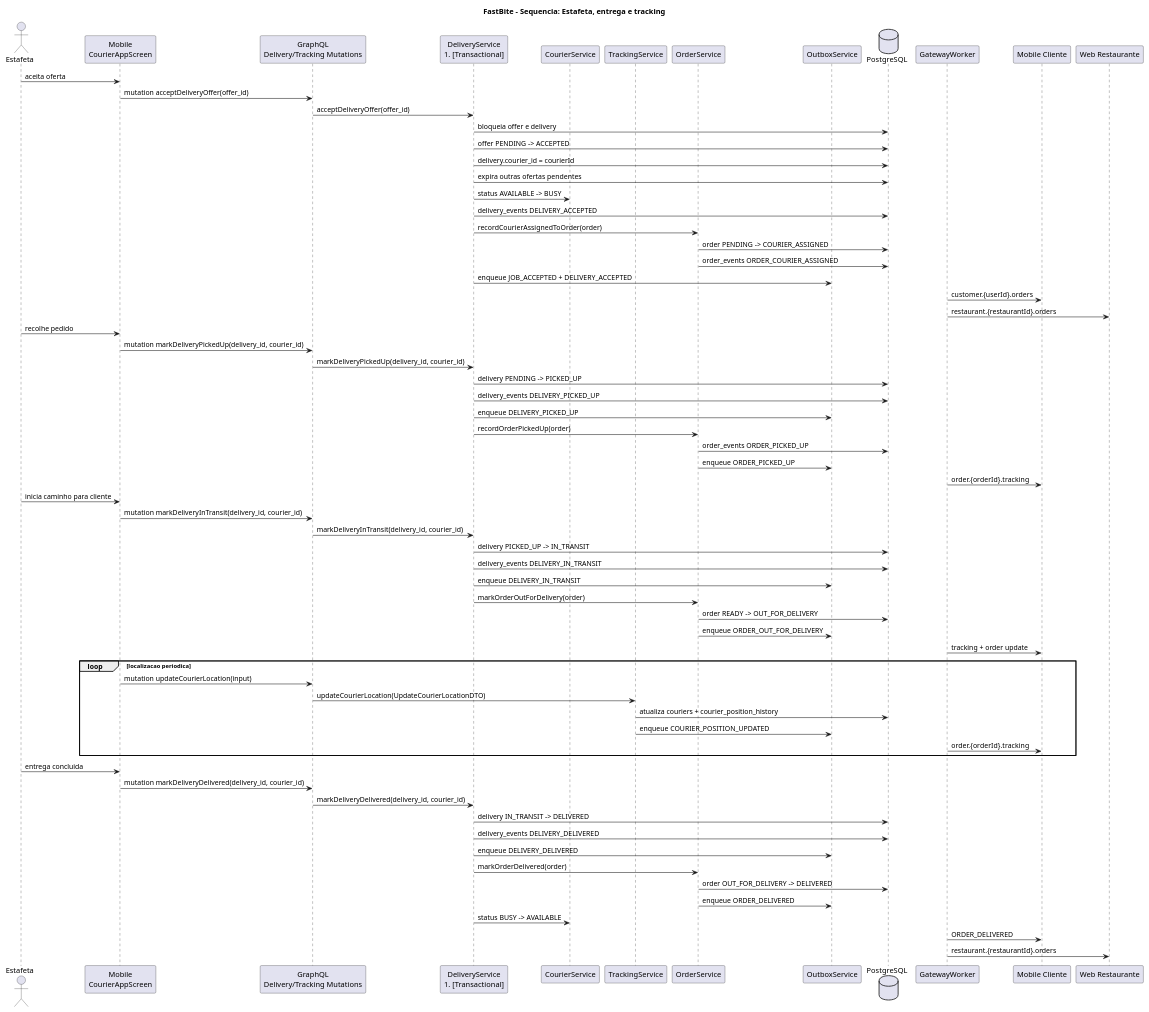
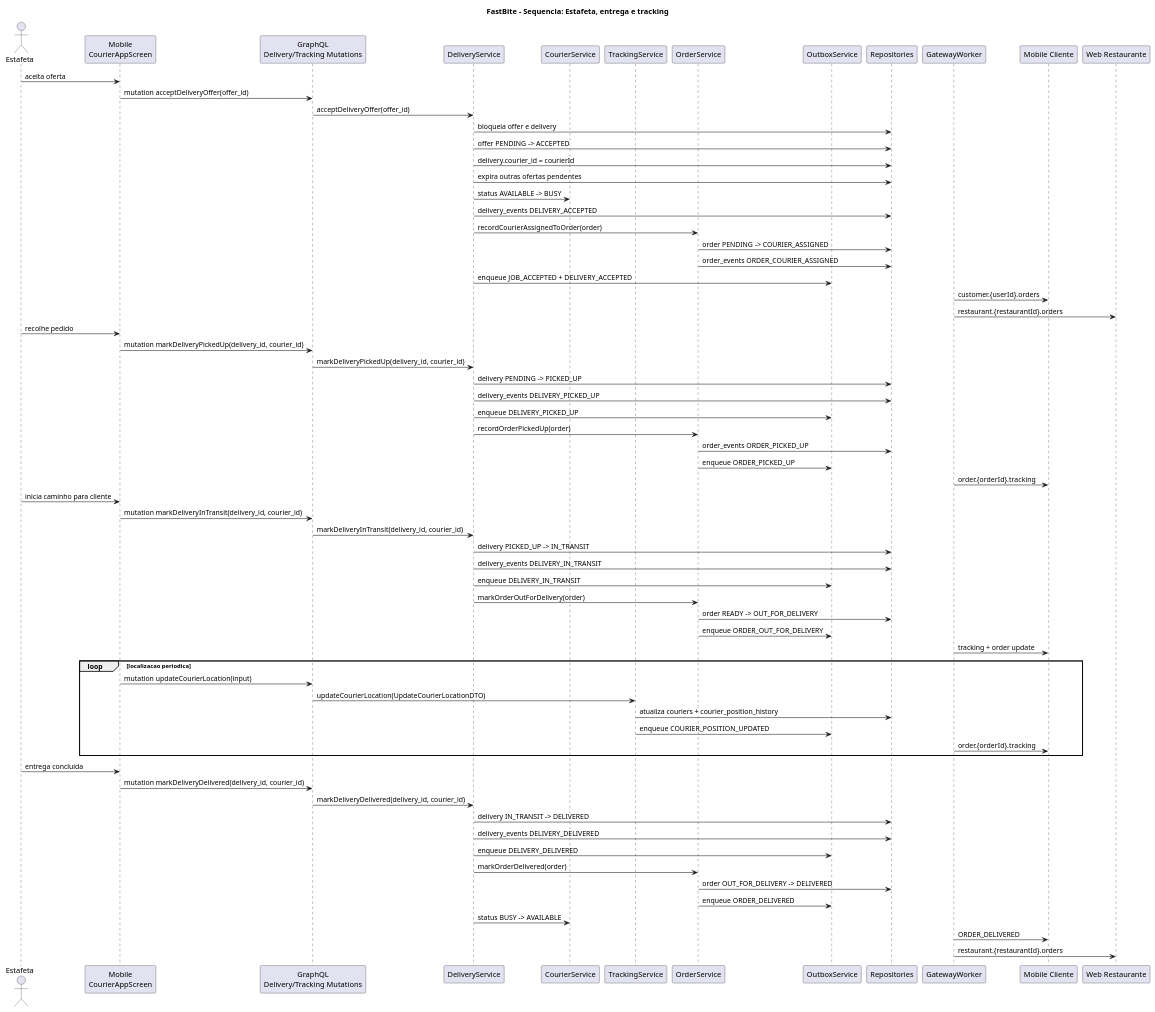
The diagram in Documentacao/docs novas/03c_sequencia_estafeta_entrega_tracking.puml (DuarteMSousa/FastBite), drawn with PlantUML before and after one commit. The commit also changed 1 other file, not shown here.

Commit message:
Replace DB/PayRepo with Repos in diagrams
Unifica as referências à camada de persistência nos diagramas de sequência: substitui o participante 'PaymentRepository' e o participante 'PostgreSQL' por um participante genérico 'Repositories' (Repos) e altera chamadas de PayRepo/DB para Repos. Também remove a anotação #[Transactional] do DeliveryService. Arquivos alterados: Documentacao/docs novas/03a_sequencia_checkout.puml e Documentacao/docs novas/03c_sequencia_estafeta_entrega_tracking.puml. Essas mudanças refletem a centralização das operações de repositório nos diagramas.

```diff
--- a/Documentacao/docs novas/03c_sequencia_estafeta_entrega_tracking.puml
+++ b/Documentacao/docs novas/03c_sequencia_estafeta_entrega_tracking.puml
@@ -1,77 +1,77 @@
 @startuml FastBite_Seq_Estafeta_Tracking
 title FastBite - Sequencia: Estafeta, entrega e tracking
 
 skinparam shadowing false
 actor Estafeta
 participant "Mobile\nCourierAppScreen" as CourierApp
 participant "GraphQL\nDelivery/Tracking Mutations" as GQL
-participant "DeliveryService\n#[Transactional]" as DeliverySvc
+participant "DeliveryService" as DeliverySvc
 participant "CourierService" as CourierSvc
 participant "TrackingService" as TrackingSvc
 participant "OrderService" as OrderSvc
 participant "OutboxService" as Outbox
-database "PostgreSQL" as DB
+participant "Repositories" as Repos
 participant "GatewayWorker" as GW
 participant "Mobile Cliente" as CustomerApp
 participant "Web Restaurante" as RestaurantWeb
 
 Estafeta -> CourierApp: aceita oferta
 CourierApp -> GQL: mutation acceptDeliveryOffer(offer_id)
 GQL -> DeliverySvc: acceptDeliveryOffer(offer_id)
-DeliverySvc -> DB: bloqueia offer e delivery
-DeliverySvc -> DB: offer PENDING -> ACCEPTED
-DeliverySvc -> DB: delivery.courier_id = courierId
-DeliverySvc -> DB: expira outras ofertas pendentes
+DeliverySvc -> Repos: bloqueia offer e delivery
+DeliverySvc -> Repos: offer PENDING -> ACCEPTED
+DeliverySvc -> Repos: delivery.courier_id = courierId
+DeliverySvc -> Repos: expira outras ofertas pendentes
 DeliverySvc -> CourierSvc: status AVAILABLE -> BUSY
-DeliverySvc -> DB: delivery_events DELIVERY_ACCEPTED
+DeliverySvc -> Repos: delivery_events DELIVERY_ACCEPTED
 DeliverySvc -> OrderSvc: recordCourierAssignedToOrder(order)
-OrderSvc -> DB: order PENDING -> COURIER_ASSIGNED
-OrderSvc -> DB: order_events ORDER_COURIER_ASSIGNED
+OrderSvc -> Repos: order PENDING -> COURIER_ASSIGNED
+OrderSvc -> Repos: order_events ORDER_COURIER_ASSIGNED
 DeliverySvc -> Outbox: enqueue JOB_ACCEPTED + DELIVERY_ACCEPTED
 GW -> CustomerApp: customer.{userId}.orders
 GW -> RestaurantWeb: restaurant.{restaurantId}.orders
 
 Estafeta -> CourierApp: recolhe pedido
 CourierApp -> GQL: mutation markDeliveryPickedUp(delivery_id, courier_id)
 GQL -> DeliverySvc: markDeliveryPickedUp(delivery_id, courier_id)
-DeliverySvc -> DB: delivery PENDING -> PICKED_UP
-DeliverySvc -> DB: delivery_events DELIVERY_PICKED_UP
+DeliverySvc -> Repos: delivery PENDING -> PICKED_UP
+DeliverySvc -> Repos: delivery_events DELIVERY_PICKED_UP
 DeliverySvc -> Outbox: enqueue DELIVERY_PICKED_UP
 DeliverySvc -> OrderSvc: recordOrderPickedUp(order)
-OrderSvc -> DB: order_events ORDER_PICKED_UP
+OrderSvc -> Repos: order_events ORDER_PICKED_UP
 OrderSvc -> Outbox: enqueue ORDER_PICKED_UP
 GW -> CustomerApp: order.{orderId}.tracking
 
 Estafeta -> CourierApp: inicia caminho para cliente
 CourierApp -> GQL: mutation markDeliveryInTransit(delivery_id, courier_id)
 GQL -> DeliverySvc: markDeliveryInTransit(delivery_id, courier_id)
-DeliverySvc -> DB: delivery PICKED_UP -> IN_TRANSIT
-DeliverySvc -> DB: delivery_events DELIVERY_IN_TRANSIT
+DeliverySvc -> Repos: delivery PICKED_UP -> IN_TRANSIT
+DeliverySvc -> Repos: delivery_events DELIVERY_IN_TRANSIT
 DeliverySvc -> Outbox: enqueue DELIVERY_IN_TRANSIT
 DeliverySvc -> OrderSvc: markOrderOutForDelivery(order)
-OrderSvc -> DB: order READY -> OUT_FOR_DELIVERY
+OrderSvc -> Repos: order READY -> OUT_FOR_DELIVERY
 OrderSvc -> Outbox: enqueue ORDER_OUT_FOR_DELIVERY
 GW -> CustomerApp: tracking + order update
 
 loop localizacao periodica
   CourierApp -> GQL: mutation updateCourierLocation(input)
   GQL -> TrackingSvc: updateCourierLocation(UpdateCourierLocationDTO)
-  TrackingSvc -> DB: atualiza couriers + courier_position_history
+  TrackingSvc -> Repos: atualiza couriers + courier_position_history
   TrackingSvc -> Outbox: enqueue COURIER_POSITION_UPDATED
   GW -> CustomerApp: order.{orderId}.tracking
 end
 
 Estafeta -> CourierApp: entrega concluida
 CourierApp -> GQL: mutation markDeliveryDelivered(delivery_id, courier_id)
 GQL -> DeliverySvc: markDeliveryDelivered(delivery_id, courier_id)
-DeliverySvc -> DB: delivery IN_TRANSIT -> DELIVERED
-DeliverySvc -> DB: delivery_events DELIVERY_DELIVERED
+DeliverySvc -> Repos: delivery IN_TRANSIT -> DELIVERED
+DeliverySvc -> Repos: delivery_events DELIVERY_DELIVERED
 DeliverySvc -> Outbox: enqueue DELIVERY_DELIVERED
 DeliverySvc -> OrderSvc: markOrderDelivered(order)
-OrderSvc -> DB: order OUT_FOR_DELIVERY -> DELIVERED
+OrderSvc -> Repos: order OUT_FOR_DELIVERY -> DELIVERED
 OrderSvc -> Outbox: enqueue ORDER_DELIVERED
 DeliverySvc -> CourierSvc: status BUSY -> AVAILABLE
 GW -> CustomerApp: ORDER_DELIVERED
 GW -> RestaurantWeb: restaurant.{restaurantId}.orders
 
 @enduml
```
